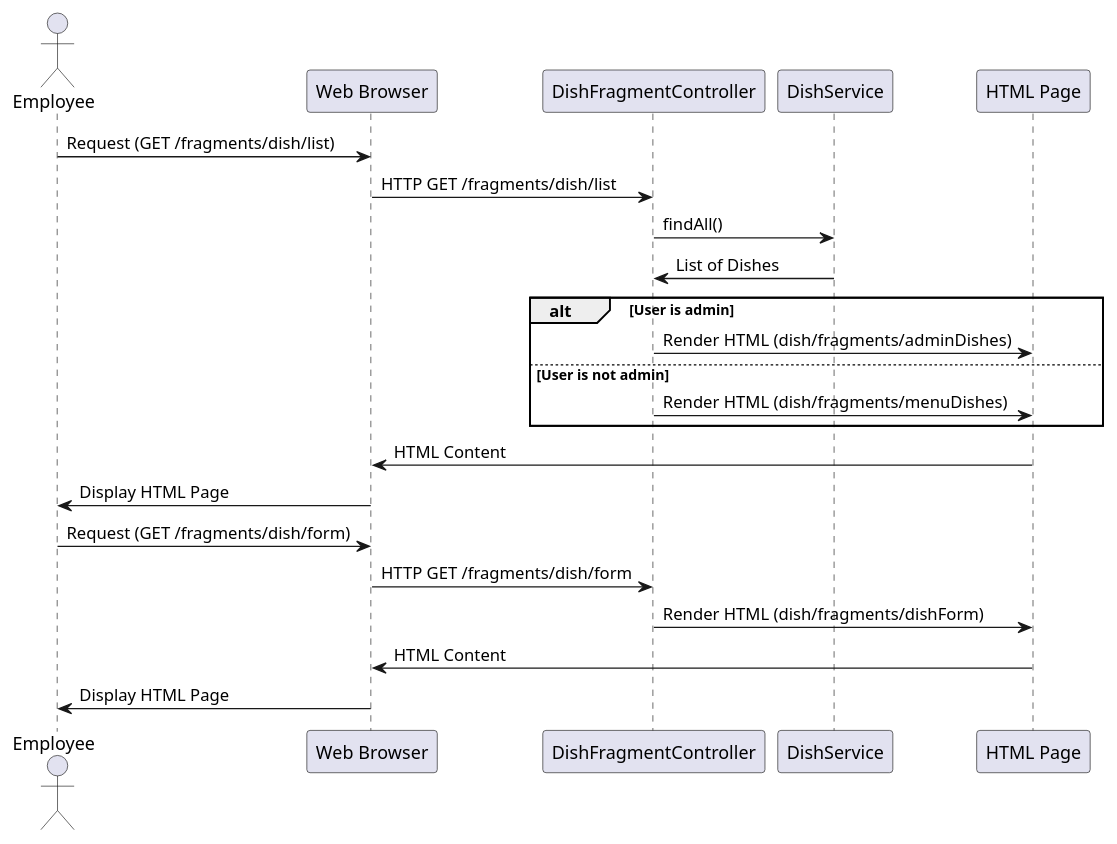
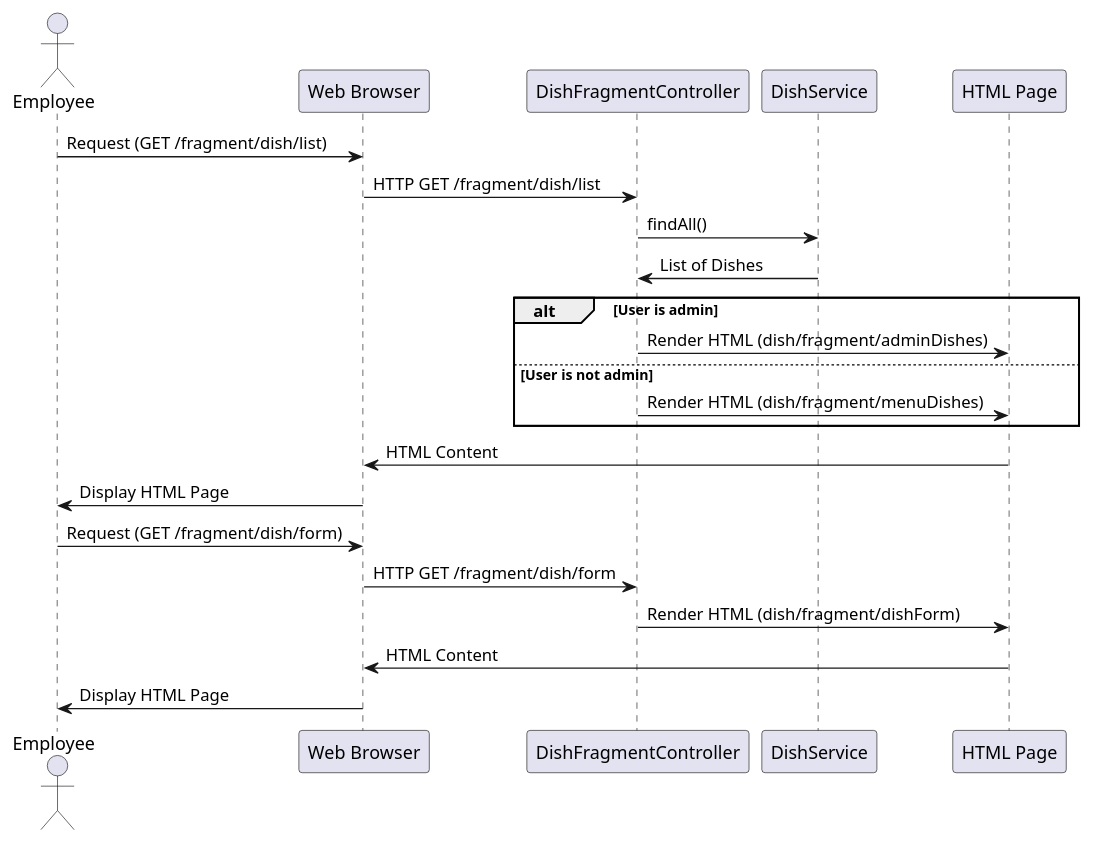
One commit to pheninux2/gestork changed the diagram in uml/dish/DishFragmentController.puml. Above: the diagram before and after it, drawn with PlantUML. The commit also changed 74 other files, not shown here.

```diff
--- a/uml/dish/DishFragmentController.puml
+++ b/uml/dish/DishFragmentController.puml
@@ -1,25 +1,25 @@
 @startuml
 actor Employee
 participant "Web Browser" as Browser
 participant "DishFragmentController" as Controller
 participant "DishService" as DishService
 participant "HTML Page" as Page
 
-Employee -> Browser: Request (GET /fragments/dish/list)
-Browser -> Controller: HTTP GET /fragments/dish/list
+Employee -> Browser: Request (GET /fragment/dish/list)
+Browser -> Controller: HTTP GET /fragment/dish/list
 Controller -> DishService: findAll()
 DishService -> Controller: List of Dishes
 alt User is admin
-    Controller -> Page: Render HTML (dish/fragments/adminDishes)
+    Controller -> Page: Render HTML (dish/fragment/adminDishes)
 else User is not admin
-    Controller -> Page: Render HTML (dish/fragments/menuDishes)
+    Controller -> Page: Render HTML (dish/fragment/menuDishes)
 end
 Page -> Browser: HTML Content
 Browser -> Employee: Display HTML Page
 
-Employee -> Browser: Request (GET /fragments/dish/form)
-Browser -> Controller: HTTP GET /fragments/dish/form
-Controller -> Page: Render HTML (dish/fragments/dishForm)
+Employee -> Browser: Request (GET /fragment/dish/form)
+Browser -> Controller: HTTP GET /fragment/dish/form
+Controller -> Page: Render HTML (dish/fragment/dishForm)
 Page -> Browser: HTML Content
 Browser -> Employee: Display HTML Page
 @enduml
```
